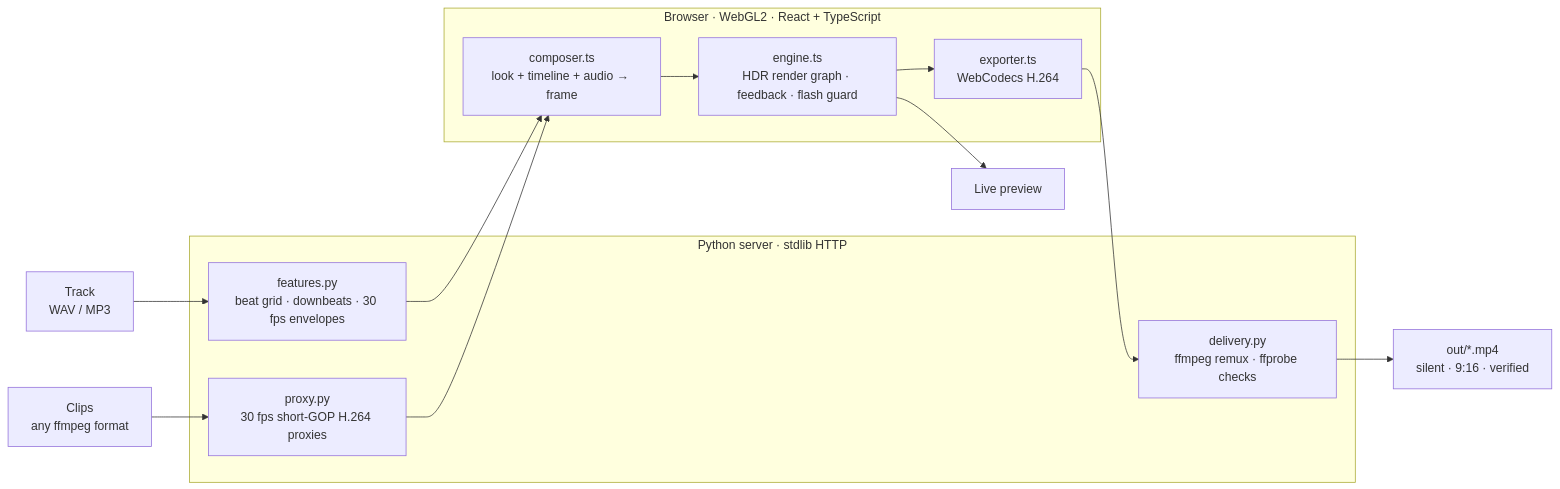
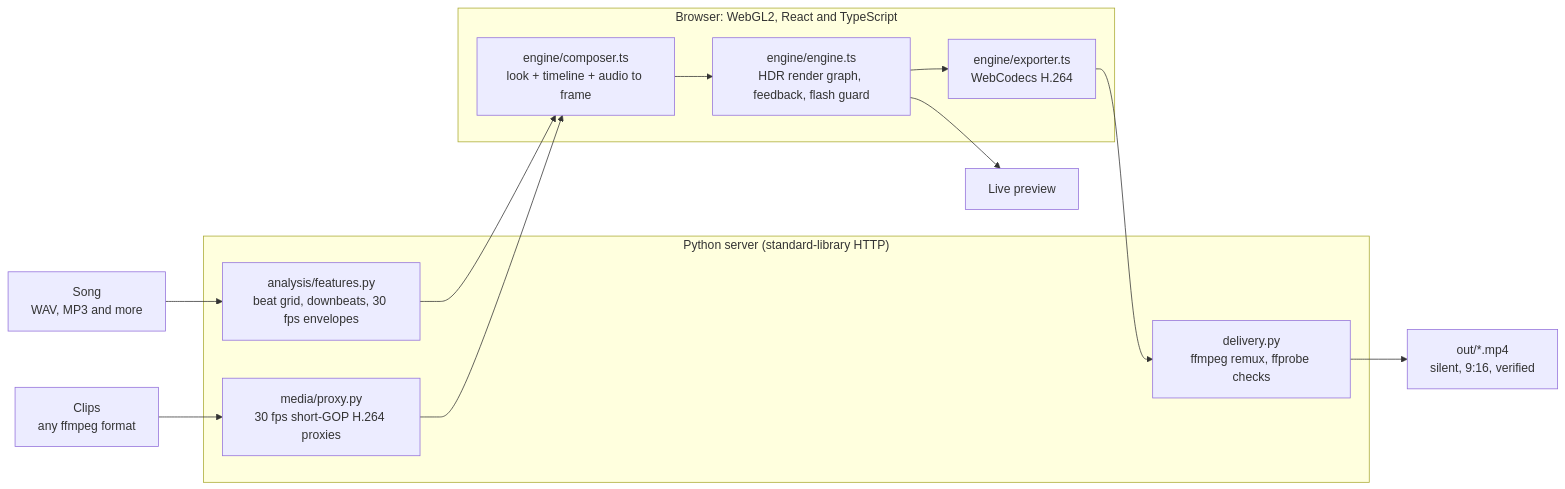
One commit to J-Reed700/canvas changed the diagram in README.md. Above: the diagram before and after it, drawn with Mermaid. The commit also changed other lines of this file and 4 other files, not shown here.

````diff
--- a/README.md
+++ b/README.md
@@ -434,22 +632,22 @@
 ```mermaid
 flowchart LR
-    A["Track<br/>WAV / MP3"] --> F
+    A["Song<br/>WAV, MP3 and more"] --> F
     V["Clips<br/>any ffmpeg format"] --> P
 
-    subgraph Server["Python server · stdlib HTTP"]
-        F["features.py<br/>beat grid · downbeats · 30 fps envelopes"]
-        P["proxy.py<br/>30 fps short-GOP H.264 proxies"]
-        D["delivery.py<br/>ffmpeg remux · ffprobe checks"]
+    subgraph Server["Python server (standard-library HTTP)"]
+        F["analysis/features.py<br/>beat grid, downbeats, 30 fps envelopes"]
+        P["media/proxy.py<br/>30 fps short-GOP H.264 proxies"]
+        D["delivery.py<br/>ffmpeg remux, ffprobe checks"]
     end
 
-    subgraph Studio["Browser · WebGL2 · React + TypeScript"]
-        C["composer.ts<br/>look + timeline + audio → frame"]
-        E["engine.ts<br/>HDR render graph · feedback · flash guard"]
-        X["exporter.ts<br/>WebCodecs H.264"]
+    subgraph Studio["Browser: WebGL2, React and TypeScript"]
+        C["engine/composer.ts<br/>look + timeline + audio to frame"]
+        E["engine/engine.ts<br/>HDR render graph, feedback, flash guard"]
+        X["engine/exporter.ts<br/>WebCodecs H.264"]
     end
 
     F --> C
     P --> C
     C --> E --> L["Live preview"]
-    E --> X --> D --> O["out/*.mp4<br/>silent · 9:16 · verified"]
+    E --> X --> D --> O["out/*.mp4<br/>silent, 9:16, verified"]
 ```
````
